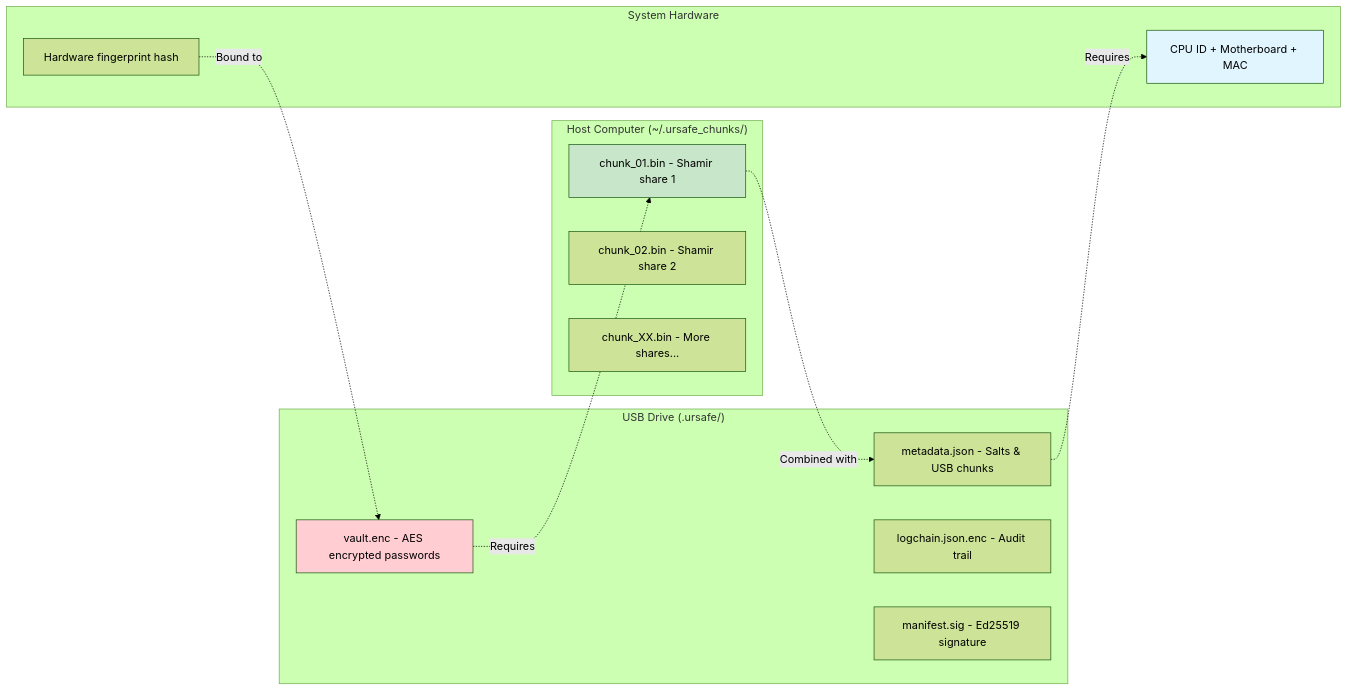
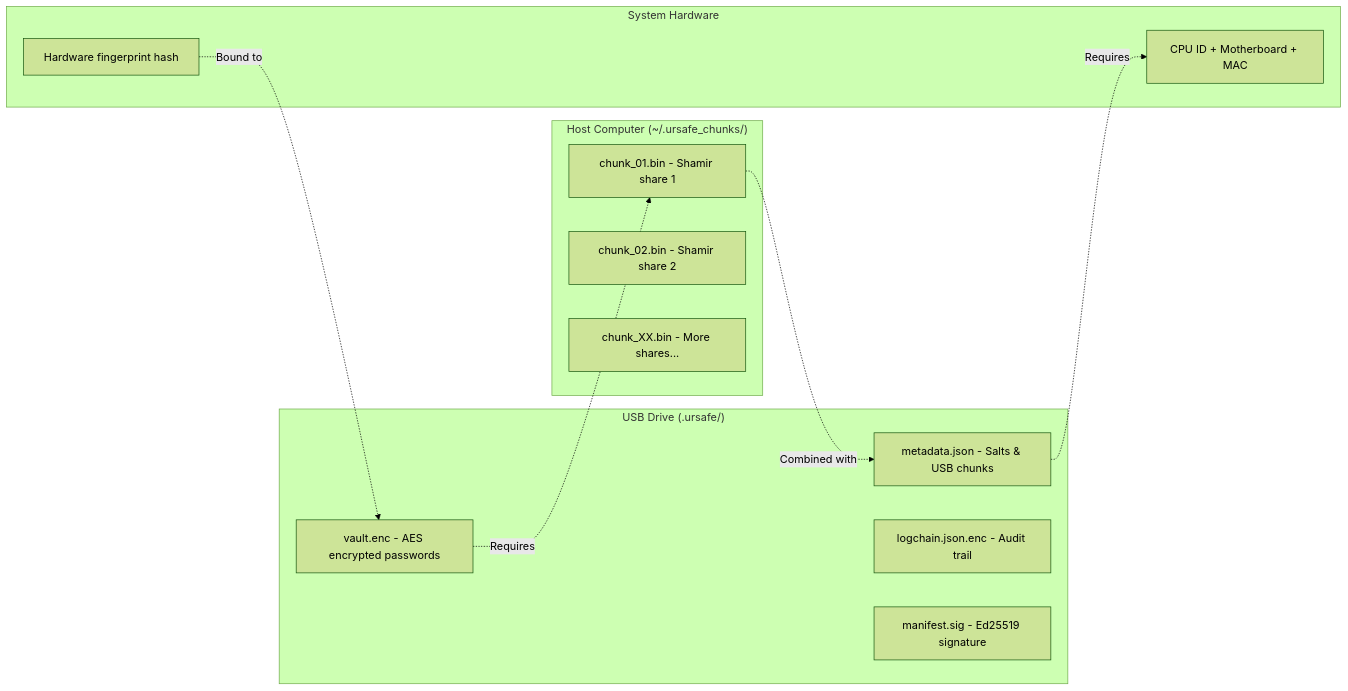
One commit to amBITionV2/AES_OF_SPADES-502-IOT-02 changed the second of 2 diagrams in README.md. Above: the diagram before and after it, drawn with Mermaid (forest theme). The commit also changed other lines of this file, not shown here.

````diff
--- a/README.md
+++ b/README.md
@@ -89,29 +84,25 @@
 ```mermaid
 graph LR
     subgraph "USB Drive (.ursafe/)"
         U1[vault.enc - AES encrypted passwords]
         U2[metadata.json - Salts & USB chunks]
         U3[logchain.json.enc - Audit trail]
         U4[manifest.sig - Ed25519 signature]
     end
 
     subgraph "Host Computer (~/.ursafe_chunks/)"
         H1[chunk_01.bin - Shamir share 1]
         H2[chunk_02.bin - Shamir share 2]
         H3[chunk_XX.bin - More shares...]
     end
 
     subgraph "System Hardware"
         S1[CPU ID + Motherboard + MAC]
         S2[Hardware fingerprint hash]
     end
 
     U1 -.->|Requires| H1
     U2 -.->|Requires| S1
     H1 -.->|Combined with| U2
     S2 -.->|Bound to| U1
-
-    style U1 fill:#ffcdd2
-    style H1 fill:#c8e6c9
-    style S1 fill:#e1f5fe
 ```
````
